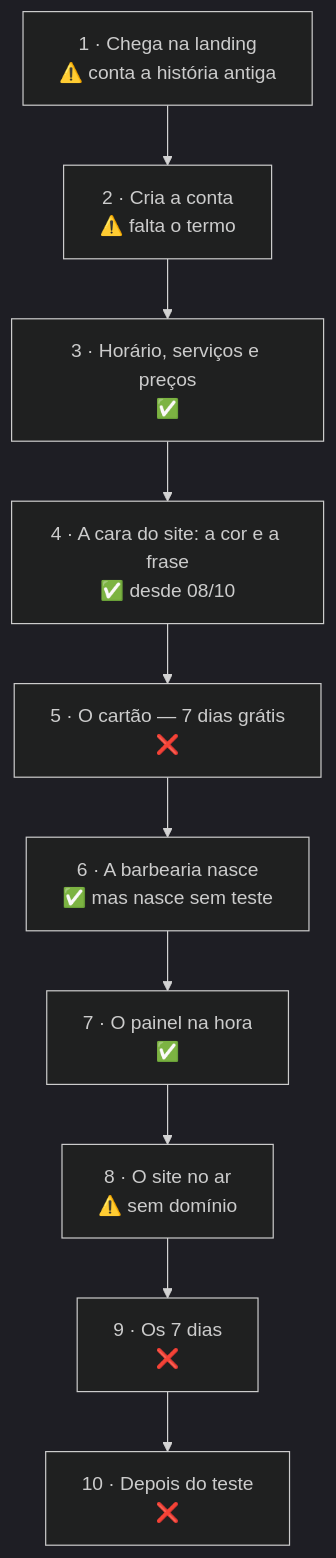
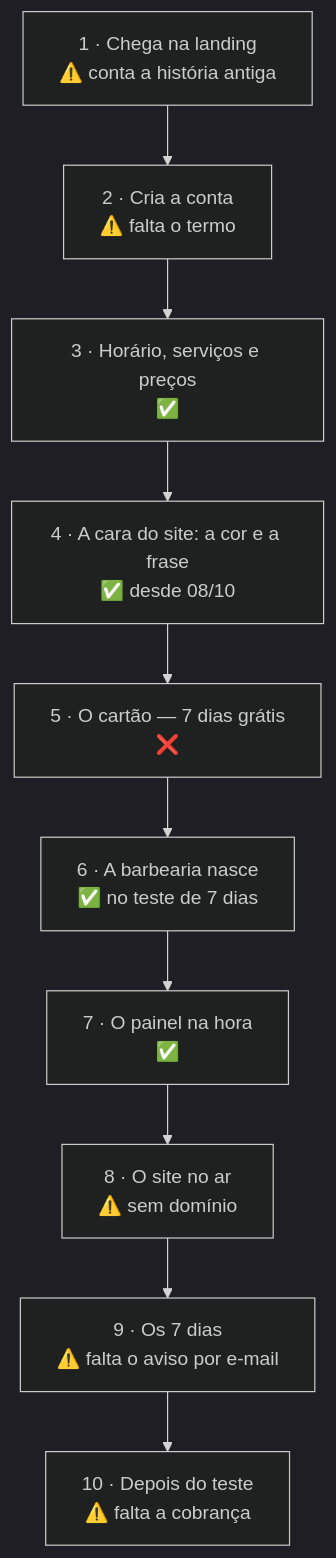
The diagram in docs/JORNADA-DO-BARBEIRO.md (Alexandfdes/Barbearia), drawn with Mermaid (dark theme) before and after one commit. The commit also changed other lines of this file and 5 other files, not shown here.

First line of the commit message:
docs: o teste de 7 dias na jornada, nas pendências, no plano e no estado

````diff
--- a/docs/JORNADA-DO-BARBEIRO.md
+++ b/docs/JORNADA-DO-BARBEIRO.md
@@ -34,12 +34,12 @@
 ```mermaid
 flowchart TD
     P1["1 · Chega na landing<br/>⚠️ conta a história antiga"] --> P2["2 · Cria a conta<br/>⚠️ falta o termo"]
     P2 --> P3["3 · Horário, serviços e preços<br/>✅"]
     P3 --> P4["4 · A cara do site: a cor e a frase<br/>✅ desde 08/10"]
     P4 --> P5["5 · O cartão — 7 dias grátis<br/>❌"]
-    P5 --> P6["6 · A barbearia nasce<br/>✅ mas nasce sem teste"]
+    P5 --> P6["6 · A barbearia nasce<br/>✅ no teste de 7 dias"]
     P6 --> P7["7 · O painel na hora<br/>✅"]
     P7 --> P8["8 · O site no ar<br/>⚠️ sem domínio"]
-    P8 --> P9["9 · Os 7 dias<br/>❌"]
-    P9 --> P10["10 · Depois do teste<br/>❌"]
+    P8 --> P9["9 · Os 7 dias<br/>⚠️ falta o aviso por e-mail"]
+    P9 --> P10["10 · Depois do teste<br/>⚠️ falta a cobrança"]
 ```
````
